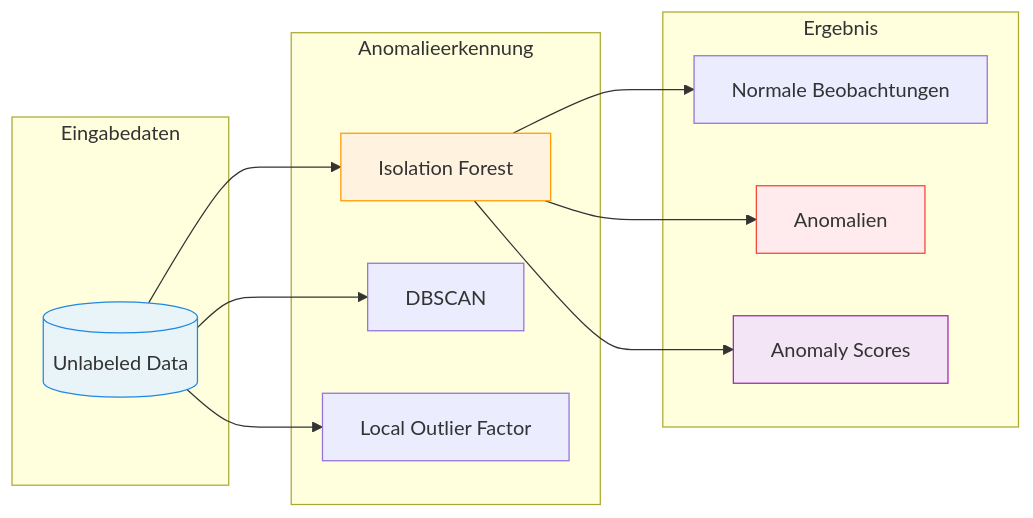
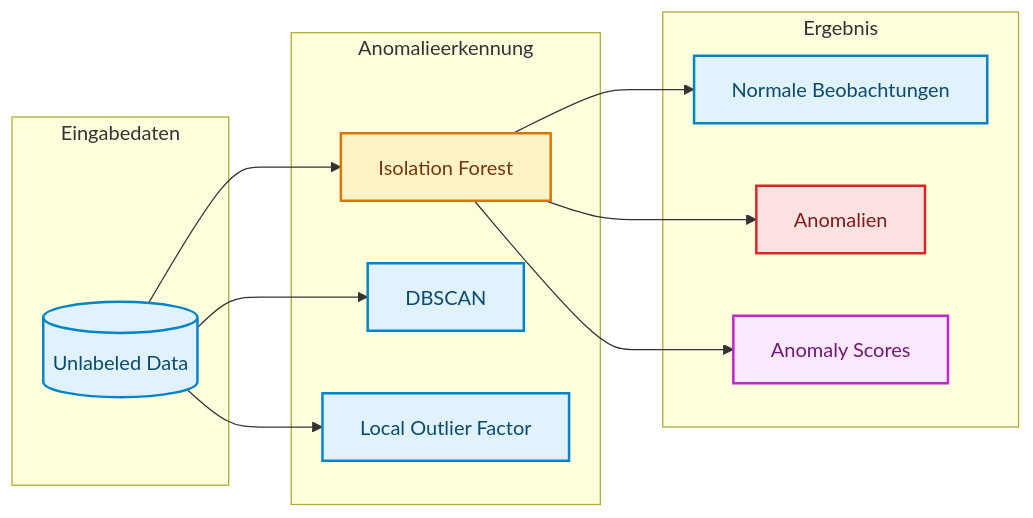
Before and after one commit to ralf-42/ML_Intro: the first of 5 diagrams in docs/concepts/modeling/isolation-forest.md, drawn with Mermaid. The commit also changed other lines of this file and 67 other files, not shown here.

````diff
--- a/docs/concepts/modeling/isolation-forest.md
+++ b/docs/concepts/modeling/isolation-forest.md
@@ -40,30 +40,33 @@
 ```mermaid
 flowchart LR
     subgraph Input["Eingabedaten"]
         D1[("Unlabeled Data")]
     end
     
     subgraph Verfahren["Anomalieerkennung"]
         IF["Isolation Forest"]
         DB["DBSCAN"]
         LOF["Local Outlier Factor"]
     end
     
     subgraph Output["Ergebnis"]
         N["Normale Beobachtungen"]
         A["Anomalien"]
         S["Anomaly Scores"]
     end
     
     D1 --> IF
     D1 --> DB
     D1 --> LOF
     IF --> N
     IF --> A
     IF --> S
-    
-    style D1 fill:#e8f4f8,stroke:#1e88e5
-    style IF fill:#fff3e0,stroke:#ff9800
-    style A fill:#ffebee,stroke:#f44336
-    style S fill:#f3e5f5,stroke:#9c27b0
+
+    classDef default fill:#e0f2fe,stroke:#0284c7,stroke-width:2px,color:#0c4a6e;
+    classDef metric fill:#fef3c7,stroke:#d97706,stroke-width:2px,color:#78350f;
+    classDef target fill:#fae8ff,stroke:#c026d3,stroke-width:2px,color:#701a75;
+    classDef stop fill:#fee2e2,stroke:#dc2626,stroke-width:2px,color:#7f1d1d;
+    class IF metric;
+    class S target;
+    class A stop;
 ```
````
